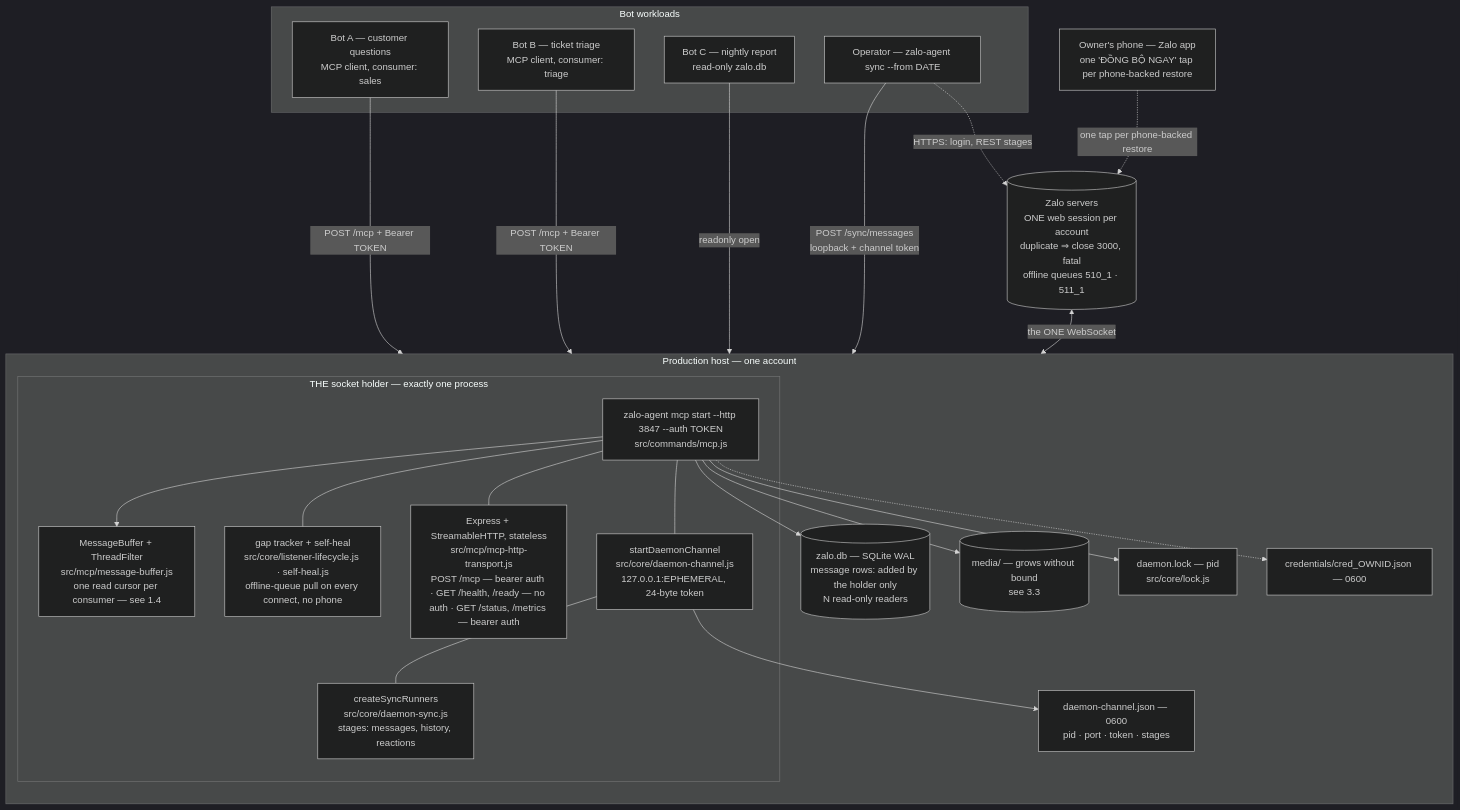
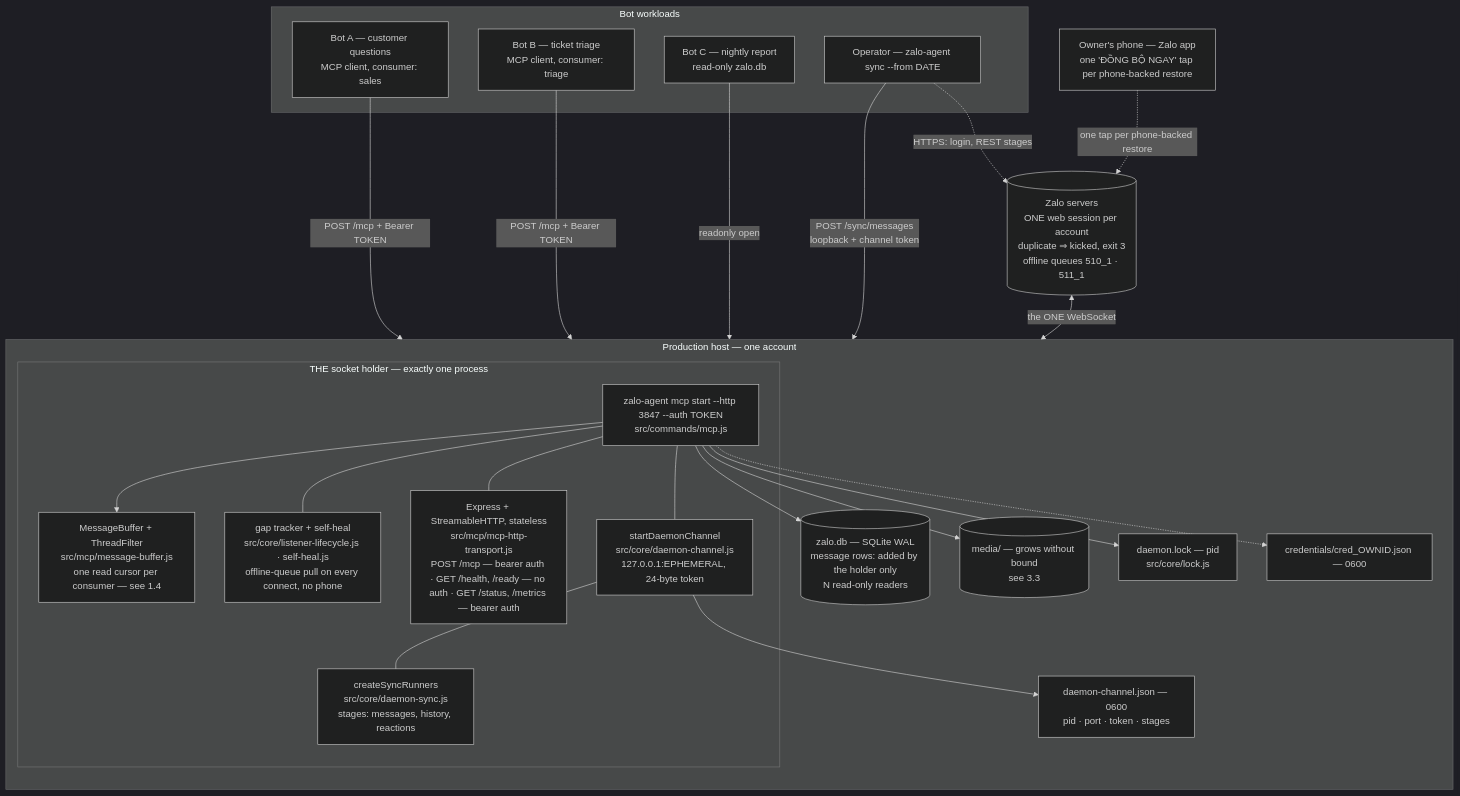
Before and after one commit to ardennguyen/zalo-agent-cli: the first of 2 diagrams in docs/deployment.md, drawn with Mermaid (dark theme). The commit also changed other lines of this file and 28 other files, not shown here.

````diff
--- a/docs/deployment.md
+++ b/docs/deployment.md
@@ -175,48 +176,48 @@
 ```mermaid
 flowchart TB
     phone["Owner's phone — Zalo app<br/>one 'ĐỒNG BỘ NGAY' tap per phone-backed restore"]
-    zalo[("Zalo servers<br/>ONE web session per account<br/>duplicate ⇒ close 3000, fatal<br/>offline queues 510_1 · 511_1")]
+    zalo[("Zalo servers<br/>ONE web session per account<br/>duplicate ⇒ kicked, exit 3<br/>offline queues 510_1 · 511_1")]
 
     subgraph host["Production host — one account"]
       direction TB
       subgraph holder["THE socket holder — exactly one process"]
         proc["zalo-agent mcp start --http 3847 --auth TOKEN<br/>src/commands/mcp.js"]
         http["Express + StreamableHTTP, stateless<br/>src/mcp/mcp-http-transport.js<br/>POST /mcp — bearer auth · GET /health, /ready — no auth · GET /status, /metrics — bearer auth"]
         buf["MessageBuffer + ThreadFilter<br/>src/mcp/message-buffer.js<br/>one read cursor per consumer — see 1.4"]
         heal["gap tracker + self-heal<br/>src/core/listener-lifecycle.js · self-heal.js<br/>offline-queue pull on every connect, no phone"]
         chan["startDaemonChannel<br/>src/core/daemon-channel.js<br/>127.0.0.1:EPHEMERAL, 24-byte token"]
         run["createSyncRunners<br/>src/core/daemon-sync.js<br/>stages: messages, history, reactions"]
       end
       lock["daemon.lock — pid<br/>src/core/lock.js"]
       cj["daemon-channel.json — 0600<br/>pid · port · token · stages"]
       db[("zalo.db — SQLite WAL<br/>message rows: added by the holder only<br/>N read-only readers")]
       med[("media/ — grows without bound<br/>see 3.3")]
       cred["credentials/cred_OWNID.json — 0600"]
     end
 
     subgraph bots["Bot workloads"]
       b1["Bot A — customer questions<br/>MCP client, consumer: sales"]
       b2["Bot B — ticket triage<br/>MCP client, consumer: triage"]
       b3["Bot C — nightly report<br/>read-only zalo.db"]
       b4["Operator — zalo-agent sync --from DATE"]
     end
 
     phone -.->|"one tap per phone-backed restore"| zalo
     zalo <-->|"the ONE WebSocket"| proc
     proc --> buf
     proc --- heal
     proc --> db
     proc --> med
     proc --> lock
     proc --- http
     proc --- chan
     chan --- run
     chan --> cj
     proc -.-> cred
 
     b1 -->|"POST /mcp + Bearer TOKEN"| http
     b2 -->|"POST /mcp + Bearer TOKEN"| http
     b3 -->|"readonly open"| db
     b4 -->|"POST /sync/messages<br/>loopback + channel token"| chan
     b4 -.->|"HTTPS: login, REST stages"| zalo
 ```
````
